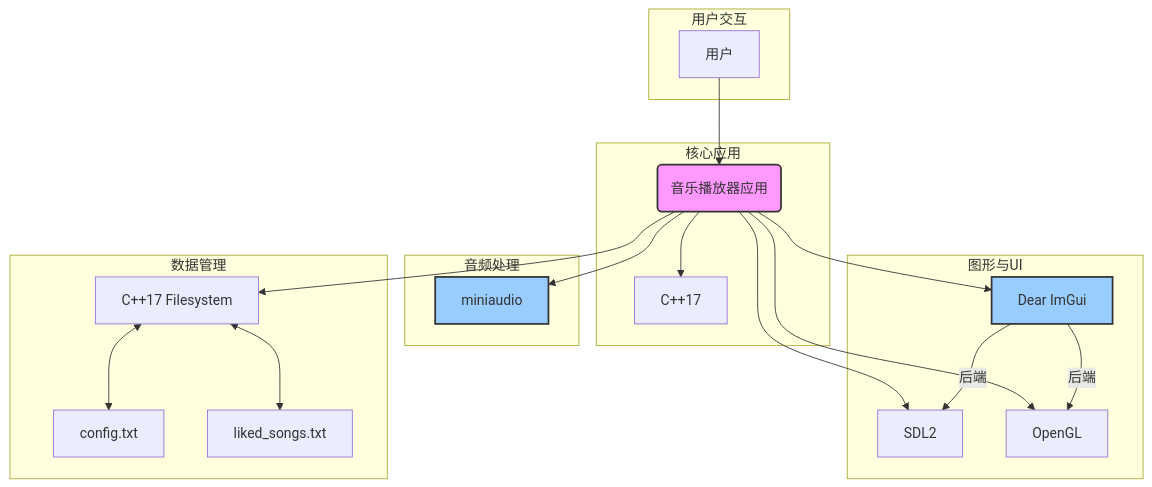
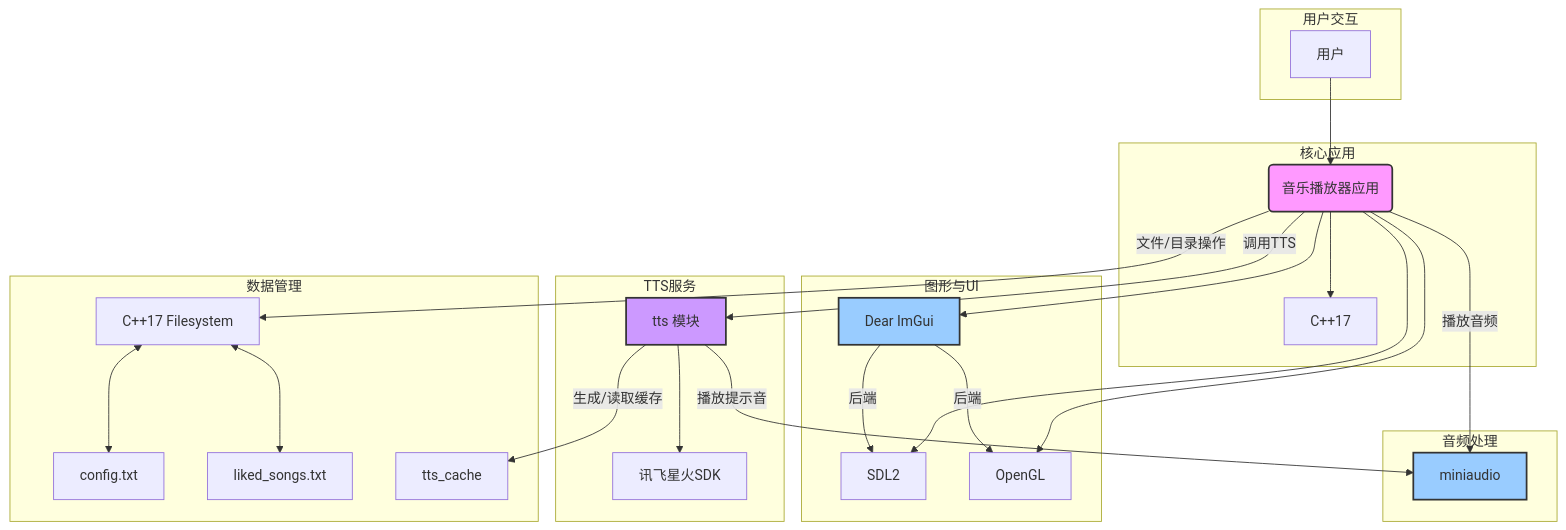
The first of 2 diagrams in README.md (YOUNQI-CWP/mp3palyer), drawn with Mermaid before and after one commit. The commit also changed other lines of this file, not shown here.

````diff
--- a/README.md
+++ b/README.md
@@ -123,42 +132,53 @@
 ```mermaid
 graph TD
     subgraph "用户交互"
         A[用户]
     end
 
     subgraph "核心应用"
         B(音乐播放器应用)
         B --> C[C++17]
     end
 
     subgraph "图形与UI"
         D[SDL2]
         E[OpenGL]
         F[Dear ImGui]
     end
 
     subgraph "音频处理"
         G[miniaudio]
     end
+    
+    subgraph "TTS服务"
+        K[tts 模块]
+        L[讯飞星火SDK]
+        K --> L
+    end
 
     subgraph "数据管理"
         H[C++17 Filesystem]
         I[config.txt]
         J[liked_songs.txt]
+        M[tts_cache]
     end
 
     A --> B
     B --> D
     B --> E
     B --> F
     F -- 后端 --> D
     F -- 后端 --> E
-    B --> G
-    B --> H
+    B -- 播放音频 --> G
+    B -- 文件/目录操作 --> H
+    B -- 调用TTS --> K
+    K -- 播放提示音 --> G
+    K -- 生成/读取缓存 --> M
     H <--> I
     H <--> J
-
+    
     style B fill:#f9f,stroke:#333,stroke-width:2px
     style F fill:#9cf,stroke:#333,stroke-width:2px
     style G fill:#9cf,stroke:#333,stroke-width:2px
+    style K fill:#c9f,stroke:#333,stroke-width:2px
 ```
````
